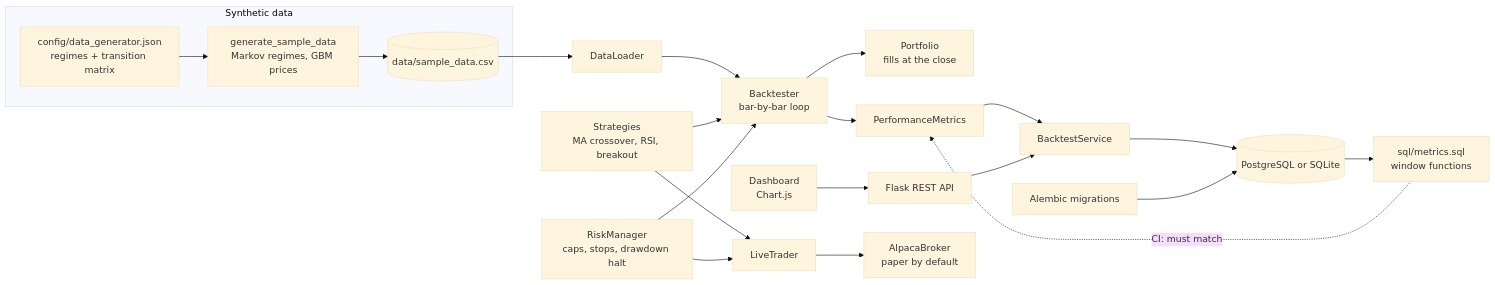
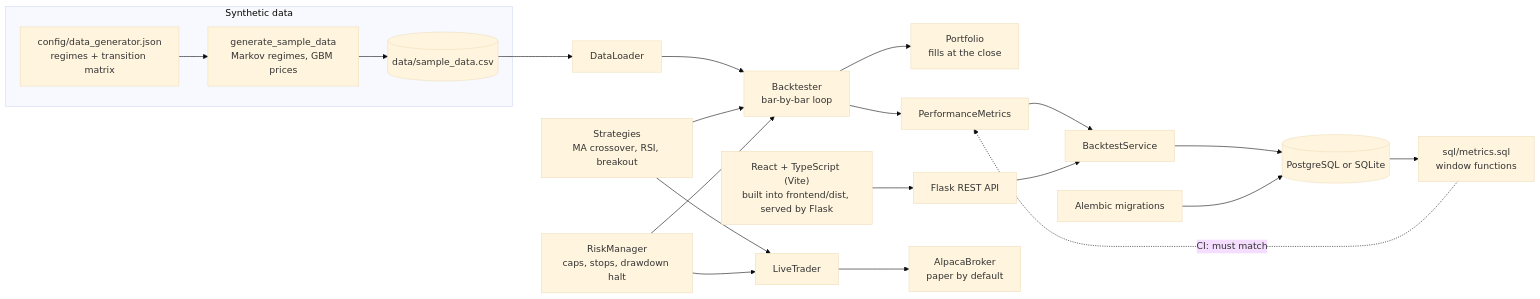
Before and after one commit to lokaz-c/quant: the diagram in README.md, drawn with Mermaid (base theme). The commit also changed other lines of this file and 2 other files, not shown here.

First line of the commit message:
README: frontend, run instructions, architecture, screenshot

````diff
--- a/README.md
+++ b/README.md
@@ -11,23 +15,23 @@
 ```mermaid
 flowchart LR
     subgraph data["Synthetic data"]
         cfg["config/data_generator.json<br/>regimes + transition matrix"] --> gen["generate_sample_data<br/>Markov regimes, GBM prices"]
         gen --> csv[("data/sample_data.csv")]
     end
     csv --> loader["DataLoader"]
     loader --> engine["Backtester<br/>bar-by-bar loop"]
     strategies["Strategies<br/>MA crossover, RSI, breakout"] --> engine
     risk["RiskManager<br/>caps, stops, drawdown halt"] --> engine
     engine --> portfolio["Portfolio<br/>fills at the close"]
     engine --> metrics["PerformanceMetrics"]
     metrics --> service["BacktestService"]
     service --> db[("PostgreSQL or SQLite")]
     migrations["Alembic migrations"] --> db
     db --> sqlcheck["sql/metrics.sql<br/>window functions"]
     sqlcheck -. "CI: must match" .-> metrics
     api["Flask REST API"] --> service
-    ui["Dashboard<br/>Chart.js"] --> api
+    ui["React + TypeScript (Vite)<br/>built into frontend/dist, served by Flask"] --> api
     strategies --> trader["LiveTrader"]
     risk --> trader
     trader --> broker["AlpacaBroker<br/>paper by default"]
 ```
````
